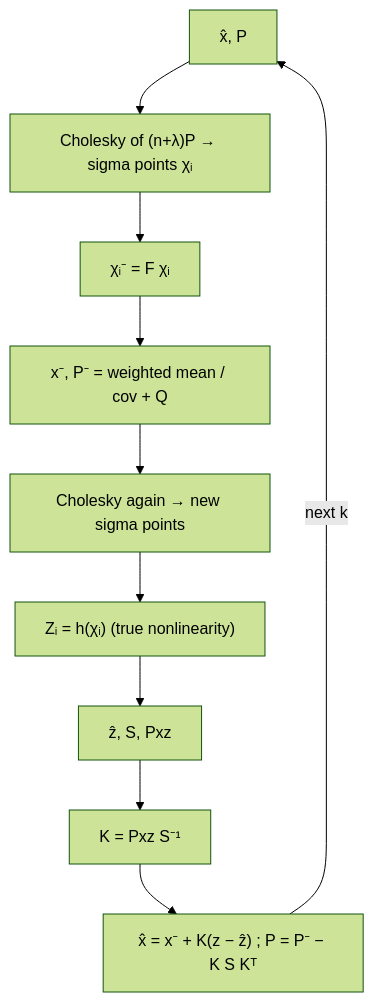
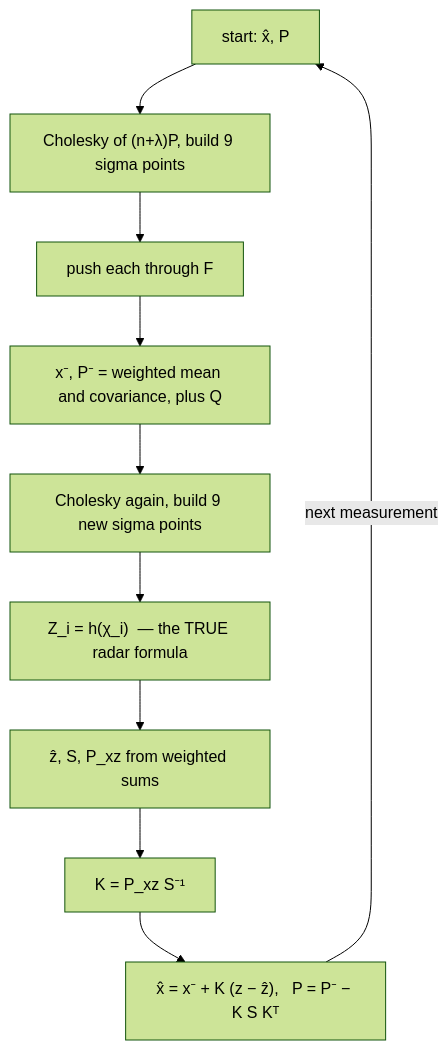
Before and after one commit to ursa-mikail/kalman_and_particle_filter_demo: the fourth of 7 diagrams in golang/README.md, drawn with Mermaid (forest theme). The commit also changed other lines of this file, not shown here.

````diff
--- a/golang/README.md
+++ b/golang/README.md
@@ -115,12 +260,12 @@
 ```mermaid
 flowchart TD
-  S0["x̂, P"] --> C1["Cholesky of (n+λ)P → sigma points χᵢ"]
-  C1 --> F1["χᵢ⁻ = F χᵢ"]
-  F1 --> F2["x⁻, P⁻ = weighted mean / cov + Q"]
-  F2 --> C2["Cholesky again → new sigma points"]
-  C2 --> H1["Zᵢ = h(χᵢ)  (true nonlinearity)"]
-  H1 --> H2["ẑ, S, Pxz"]
-  H2 --> K["K = Pxz S⁻¹"]
-  K --> U["x̂ = x⁻ + K(z − ẑ) ; P = P⁻ − K S Kᵀ"]
-  U -->|next k| S0
+  S0["start: x̂, P"] --> C1["Cholesky of (n+λ)P, build 9 sigma points"]
+  C1 --> F1["push each through F"]
+  F1 --> F2["x⁻, P⁻ = weighted mean and covariance, plus Q"]
+  F2 --> C2["Cholesky again, build 9 new sigma points"]
+  C2 --> H1["Z_i = h(χ_i)  — the TRUE radar formula"]
+  H1 --> H2["ẑ, S, P_xz from weighted sums"]
+  H2 --> K["K = P_xz S⁻¹"]
+  K --> U["x̂ = x⁻ + K (z − ẑ),   P = P⁻ − K S Kᵀ"]
+  U -->|"next measurement"| S0
 ```
````
